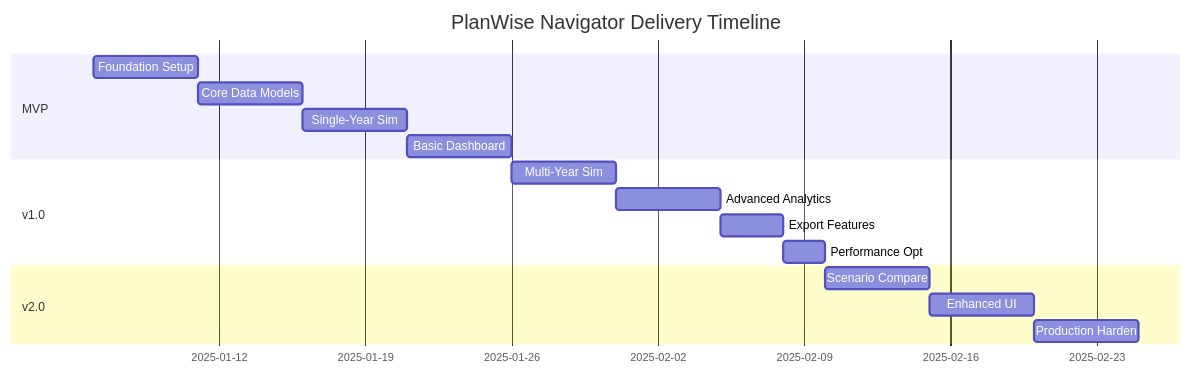
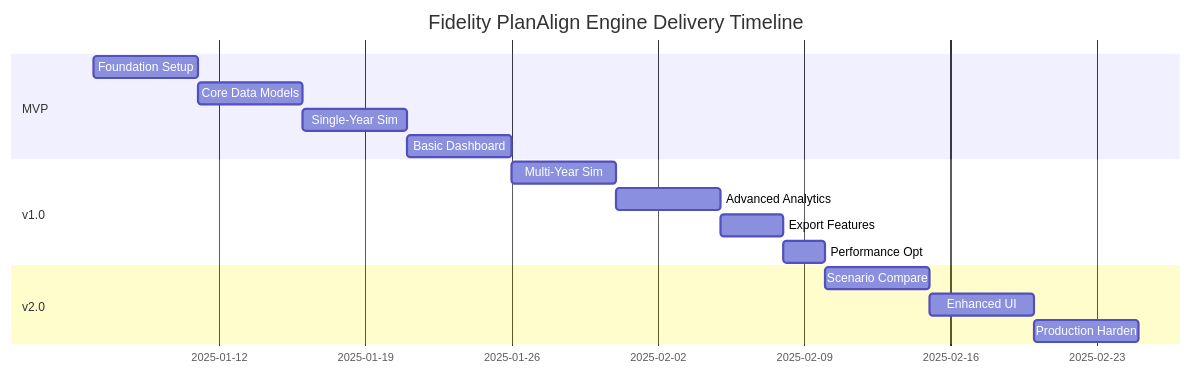
Before and after one commit to crzyc98/planwise_navigator: the fifth of 6 diagrams in docs/requirements/prd_v3_1.md, drawn with Mermaid. The commit also changed other lines of this file and 433 other files, not shown here.

First line of the commit message:
feat!: Rename PlanWise Navigator to Fidelity PlanAlign Engine (v2.0.0) (#63)

````diff
--- a/docs/requirements/prd_v3_1.md
+++ b/docs/requirements/prd_v3_1.md
@@ -995,19 +995,19 @@
 ```mermaid
 gantt
-    title PlanWise Navigator Delivery Timeline
+    title Fidelity PlanAlign Engine Delivery Timeline
     dateFormat YYYY-MM-DD
     section MVP
     Foundation Setup    :2025-01-06, 5d
     Core Data Models    :5d
     Single-Year Sim     :5d
     Basic Dashboard     :5d
     section v1.0
     Multi-Year Sim      :5d
     Advanced Analytics  :5d
     Export Features     :3d
     Performance Opt     :2d
     section v2.0
     Scenario Compare    :5d
     Enhanced UI         :5d
     Production Harden   :5d
 ```
````
